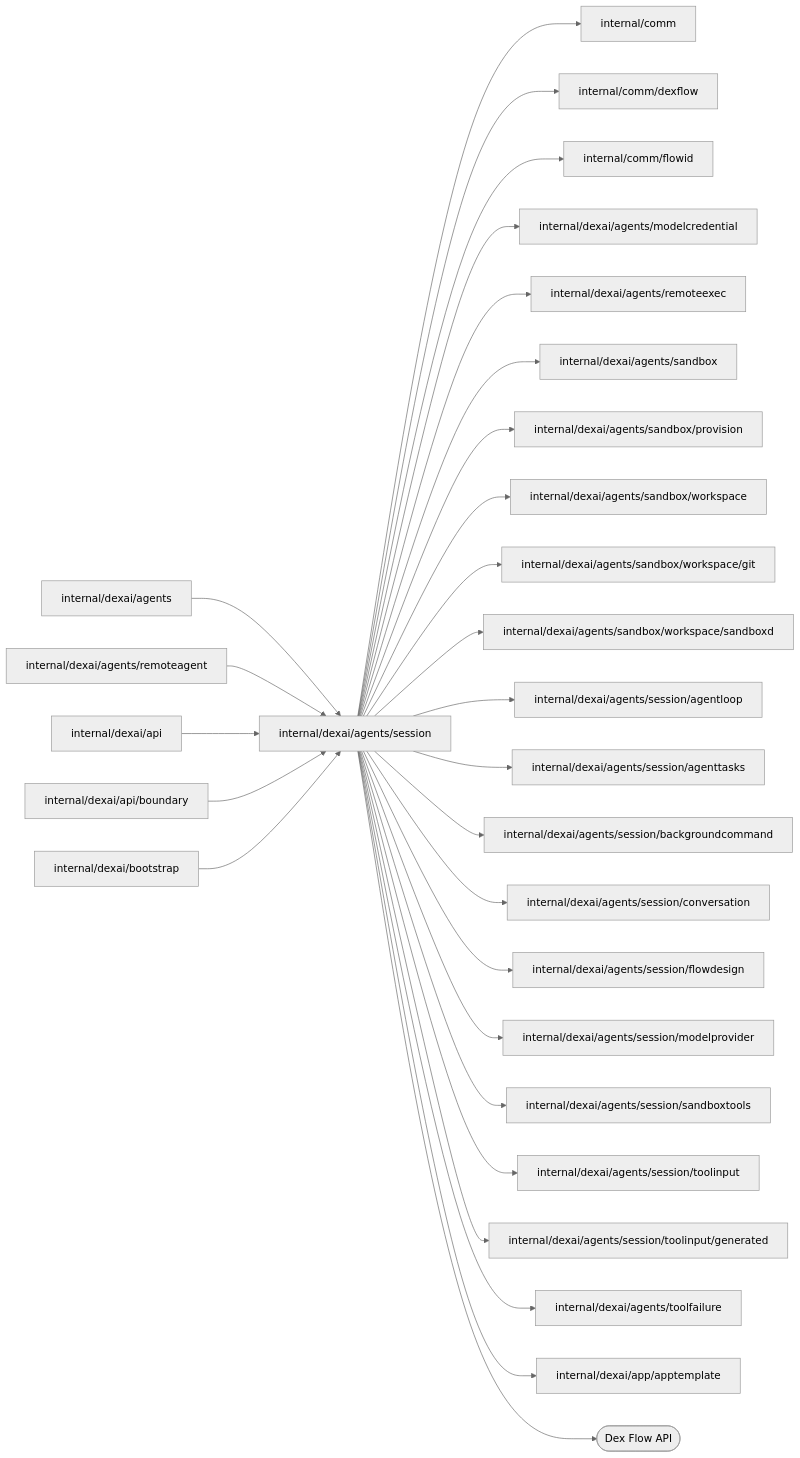
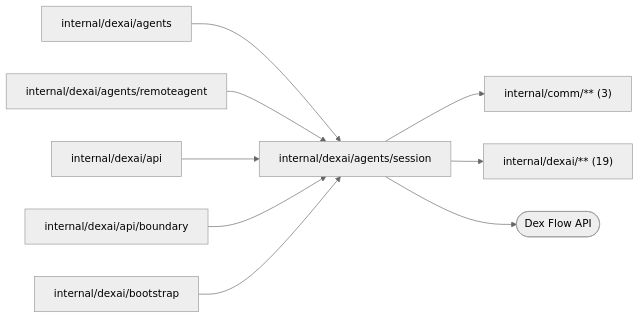
Before and after one commit to superdurable/superverse: the diagram in internal/dexai/agents/session/README.md, drawn with Mermaid (neutral theme). The commit also changed other lines of this file and 226 other files, not shown here.

````diff
--- a/internal/dexai/agents/session/README.md
+++ b/internal/dexai/agents/session/README.md
@@ -10,31 +10,12 @@
 ```mermaid
 flowchart LR
   self["internal/dexai/agents/session"]
   c0["internal/dexai/agents"] --> self
   c1["internal/dexai/agents/remoteagent"] --> self
   c2["internal/dexai/api"] --> self
   c3["internal/dexai/api/boundary"] --> self
   c4["internal/dexai/bootstrap"] --> self
-  self --> d0["internal/comm"]
-  self --> d1["internal/comm/dexflow"]
-  self --> d2["internal/comm/flowid"]
-  self --> d3["internal/dexai/agents/modelcredential"]
-  self --> d4["internal/dexai/agents/remoteexec"]
-  self --> d5["internal/dexai/agents/sandbox"]
-  self --> d6["internal/dexai/agents/sandbox/provision"]
-  self --> d7["internal/dexai/agents/sandbox/workspace"]
-  self --> d8["internal/dexai/agents/sandbox/workspace/git"]
-  self --> d9["internal/dexai/agents/sandbox/workspace/sandboxd"]
-  self --> d10["internal/dexai/agents/session/agentloop"]
-  self --> d11["internal/dexai/agents/session/agenttasks"]
-  self --> d12["internal/dexai/agents/session/backgroundcommand"]
-  self --> d13["internal/dexai/agents/session/conversation"]
-  self --> d14["internal/dexai/agents/session/flowdesign"]
-  self --> d15["internal/dexai/agents/session/modelprovider"]
-  self --> d16["internal/dexai/agents/session/sandboxtools"]
-  self --> d17["internal/dexai/agents/session/toolinput"]
-  self --> d18["internal/dexai/agents/session/toolinput/generated"]
-  self --> d19["internal/dexai/agents/toolfailure"]
-  self --> d20["internal/dexai/app/apptemplate"]
+  self --> d0["internal/comm/** (3)"]
+  self --> d1["internal/dexai/** (19)"]
   self --> e0(["Dex Flow API"])
 ```
````
